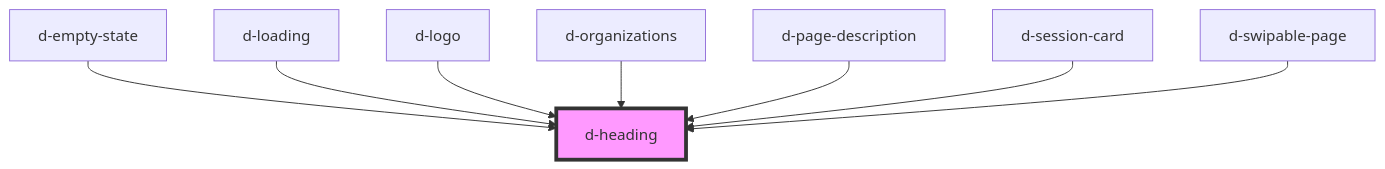
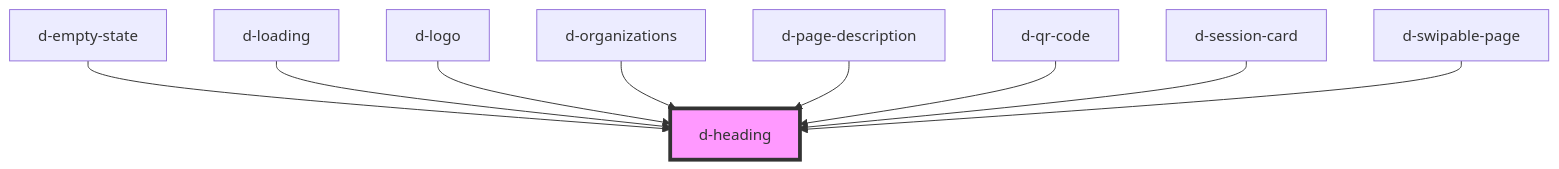
The diagram in src/components/heading/readme.md (ForkbombEu/didroom-components), drawn with Mermaid before and after one commit. The commit also changed other lines of this file and 8 other files, not shown here.

````diff
--- a/src/components/heading/readme.md
+++ b/src/components/heading/readme.md
@@ -29,11 +30,12 @@
 ```mermaid
 graph TD;
   d-empty-state --> d-heading
   d-loading --> d-heading
   d-logo --> d-heading
   d-organizations --> d-heading
   d-page-description --> d-heading
+  d-qr-code --> d-heading
   d-session-card --> d-heading
   d-swipable-page --> d-heading
   style d-heading fill:#f9f,stroke:#333,stroke-width:4px
 ```
````
